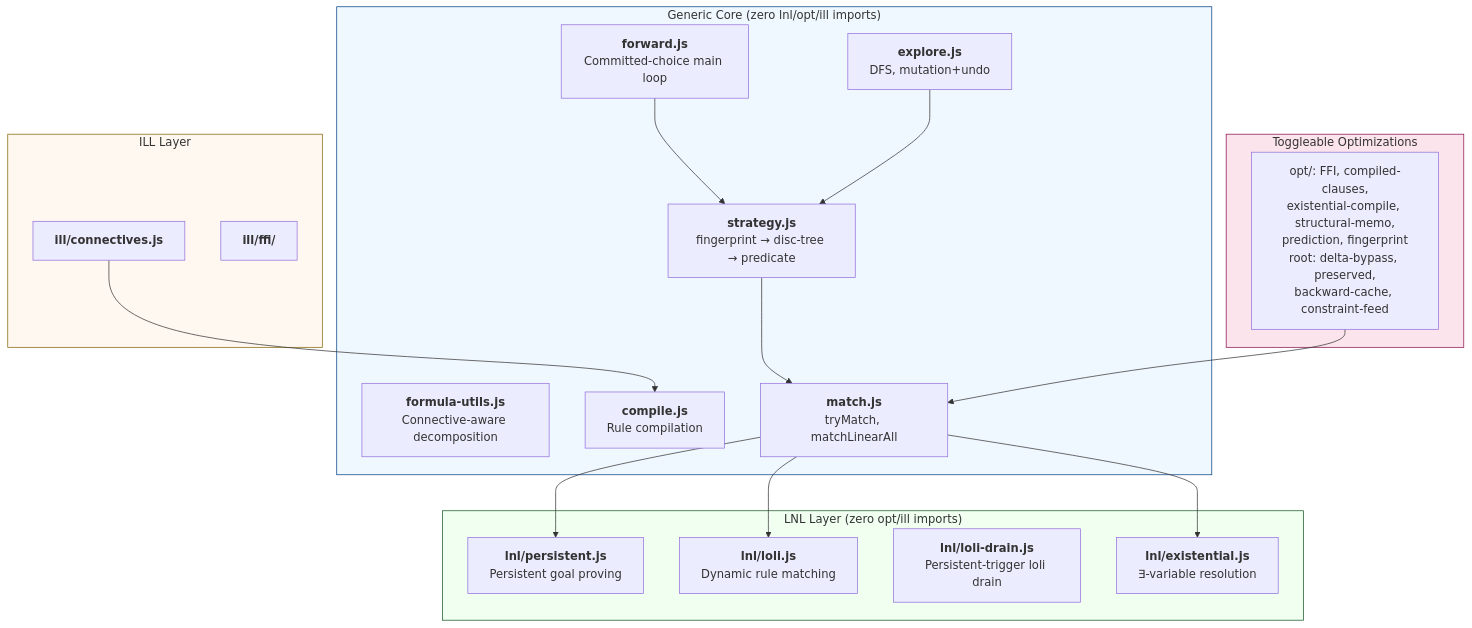
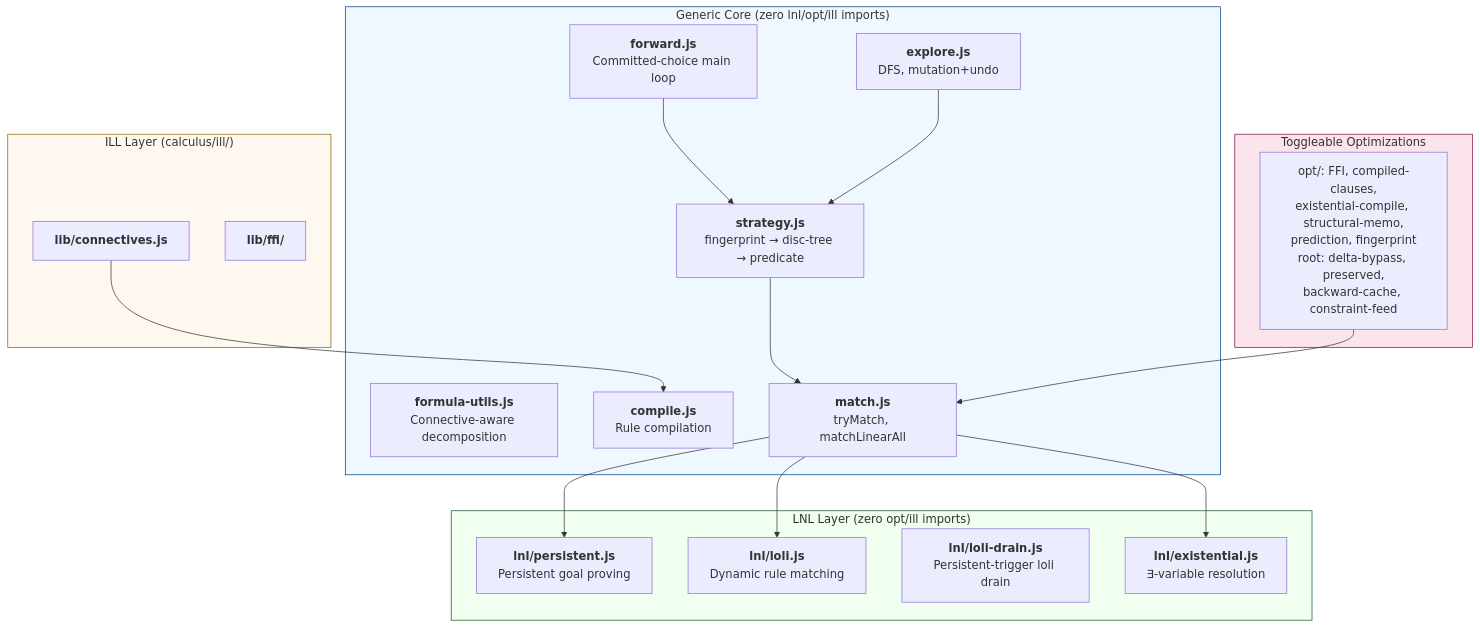
Before and after one commit to mhhf/calc: the second of 2 diagrams in doc/documentation/architecture.md, drawn with Mermaid. The commit also changed 122 other files, not shown here.

First line of the commit message:
refactor(structure): ILL machinery → calculus/ill/ — engine/ill, prover/ill, lib/zk

````diff
--- a/doc/documentation/architecture.md
+++ b/doc/documentation/architecture.md
@@ -279,41 +279,41 @@
 ```mermaid
 graph TB
     subgraph GenericCore["Generic Core (zero lnl/opt/ill imports)"]
         FORM["<b>formula-utils.js</b><br/>Connective-aware decomposition"]
         COMP["<b>compile.js</b><br/>Rule compilation"]
         MAT["<b>match.js</b><br/>tryMatch, matchLinearAll"]
         STRAT["<b>strategy.js</b><br/>fingerprint → disc-tree → predicate"]
         EXEC["<b>forward.js</b><br/>Committed-choice main loop"]
         EXP["<b>explore.js</b><br/>DFS, mutation+undo"]
     end
 
     subgraph LNLLayer["LNL Layer (zero opt/ill imports)"]
         PERS["<b>lnl/persistent.js</b><br/>Persistent goal proving"]
         LOLI["<b>lnl/loli.js</b><br/>Dynamic rule matching"]
         DRAIN["<b>lnl/loli-drain.js</b><br/>Persistent-trigger loli drain"]
         EXIS["<b>lnl/existential.js</b><br/>∃-variable resolution"]
     end
 
-    subgraph ILLLayer["ILL Layer"]
-        CONN["<b>ill/connectives.js</b>"]
-        FFIL["<b>ill/ffi/</b>"]
+    subgraph ILLLayer["ILL Layer (calculus/ill/)"]
+        CONN["<b>lib/connectives.js</b>"]
+        FFIL["<b>lib/ffi/</b>"]
     end
 
     subgraph OptLayer["Toggleable Optimizations"]
         OPT["opt/: FFI, compiled-clauses,<br/>existential-compile, structural-memo,<br/>prediction, fingerprint<br/>root: delta-bypass, preserved,<br/>backward-cache, constraint-feed"]
     end
 
     STRAT --> MAT
     MAT --> PERS
     MAT --> LOLI
     MAT --> EXIS
     EXEC --> STRAT
     EXP --> STRAT
     CONN --> COMP
     OPT --> MAT
 
     style GenericCore fill:#f0f8ff,stroke:#004085
     style LNLLayer fill:#f0fff0,stroke:#155724
     style ILLLayer fill:#fff8f0,stroke:#856404
     style OptLayer fill:#fce4ec,stroke:#880e4f
 ```
````
